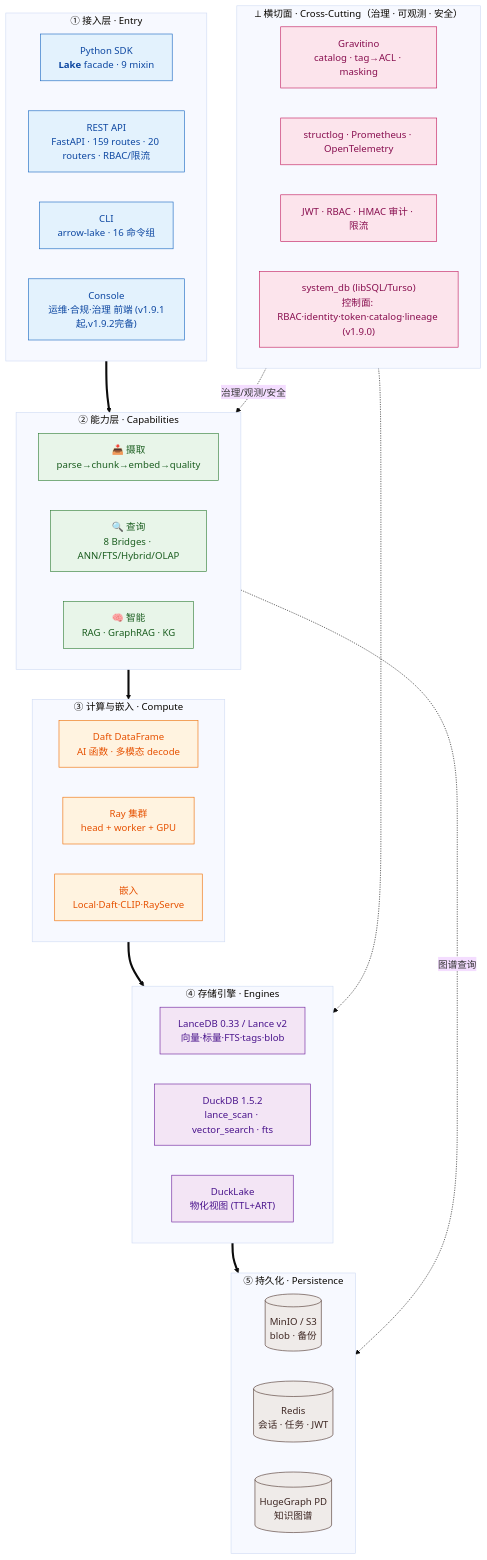
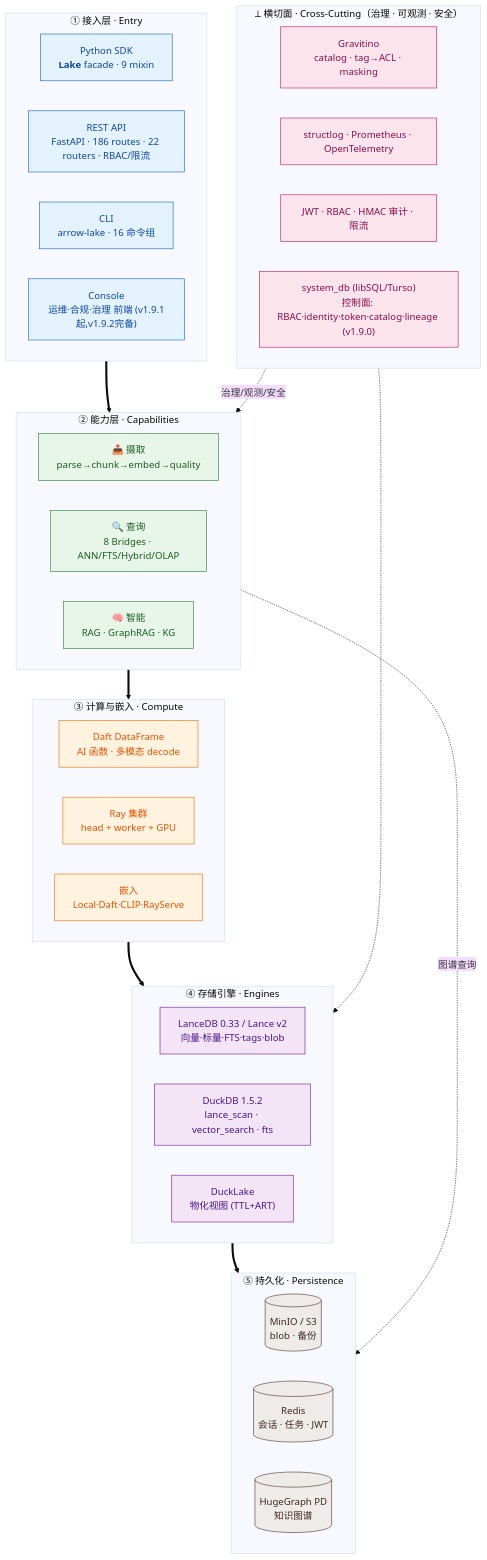
Before and after one commit to witsmaotech/arrow-lake: the first of 4 diagrams in docs/ARCHITECTURE.md, drawn with Mermaid (base theme). The commit also changed other lines of this file and 39 other files, not shown here.

````diff
--- a/docs/ARCHITECTURE.md
+++ b/docs/ARCHITECTURE.md
@@ -80,56 +80,56 @@
 ```mermaid
 flowchart TD
     classDef l1 fill:#e3f2fd,stroke:#1565c0,color:#0d47a1
     classDef l2 fill:#e8f5e9,stroke:#2e7d32,color:#1b5e20
     classDef l3 fill:#fff3e0,stroke:#ef6c00,color:#e65100
     classDef l4 fill:#f3e5f5,stroke:#6a1b9a,color:#4a148c
     classDef l5 fill:#efebe9,stroke:#4e342e,color:#3e2723
     classDef cc fill:#fce4ec,stroke:#c2185b,color:#880e4f
 
     subgraph L1["① 接入层 · Entry"]
       direction LR
       SDK["Python SDK<br/><b>Lake</b> facade · 9 mixin"]:::l1
-      REST["REST API<br/>FastAPI · 159 routes · 20 routers · RBAC/限流"]:::l1
+      REST["REST API<br/>FastAPI · 186 routes · 22 routers · RBAC/限流"]:::l1
       CLI["CLI<br/>arrow-lake · 16 命令组"]:::l1
       CONSOLE["Console<br/>运维·合规·治理 前端 (v1.9.1起,v1.9.2完备)"]:::l1
     end
     subgraph L2["② 能力层 · Capabilities"]
       direction LR
       INGEST["📥 摄取<br/>parse→chunk→embed→quality"]:::l2
       QUERY["🔍 查询<br/>8 Bridges · ANN/FTS/Hybrid/OLAP"]:::l2
       INTEL["🧠 智能<br/>RAG · GraphRAG · KG"]:::l2
     end
     subgraph L3["③ 计算与嵌入 · Compute"]
       direction LR
       DAFT["Daft DataFrame<br/>AI 函数 · 多模态 decode"]:::l3
       RAY["Ray 集群<br/>head + worker + GPU"]:::l3
       EMB["嵌入<br/>Local·Daft·CLIP·RayServe"]:::l3
     end
     subgraph L4["④ 存储引擎 · Engines"]
       direction LR
       LANCE["LanceDB 0.33 / Lance v2<br/>向量·标量·FTS·tags·blob"]:::l4
       DUCK["DuckDB 1.5.2<br/>lance_scan · vector_search · fts"]:::l4
       DLAKE["DuckLake<br/>物化视图 (TTL+ART)"]:::l4
     end
     subgraph L5["⑤ 持久化 · Persistence"]
       direction LR
       MINIO[("MinIO / S3<br/>blob · 备份")]:::l5
       REDIS[("Redis<br/>会话 · 任务 · JWT")]:::l5
       HG[("HugeGraph PD<br/>知识图谱")]:::l5
     end
     subgraph CC["⟂ 横切面 · Cross-Cutting（治理 · 可观测 · 安全）"]
       direction LR
       GRAV["Gravitino<br/>catalog · tag→ACL · masking"]:::cc
       OBS["structlog · Prometheus · OpenTelemetry"]:::cc
       SEC["JWT · RBAC · HMAC 审计 · 限流"]:::cc
       SYSDB["system_db (libSQL/Turso)<br/>控制面: RBAC·identity·token·catalog·lineage (v1.9.0)"]:::cc
     end
 
     %% 严格自上而下穿越（粗箭头 = 主调用链 / 分层骨架）
     L1 ==> L2 ==> L3 ==> L4 ==> L5
     %% 横切面贯穿能力层与引擎层（虚线 = 非主链）
     CC -. 治理/观测/安全 .-> L2
     CC -.-> L4
     %% 知识图谱旁路：能力层直达持久化
     INTEL -. 图谱查询 .-> HG
 ```
````
